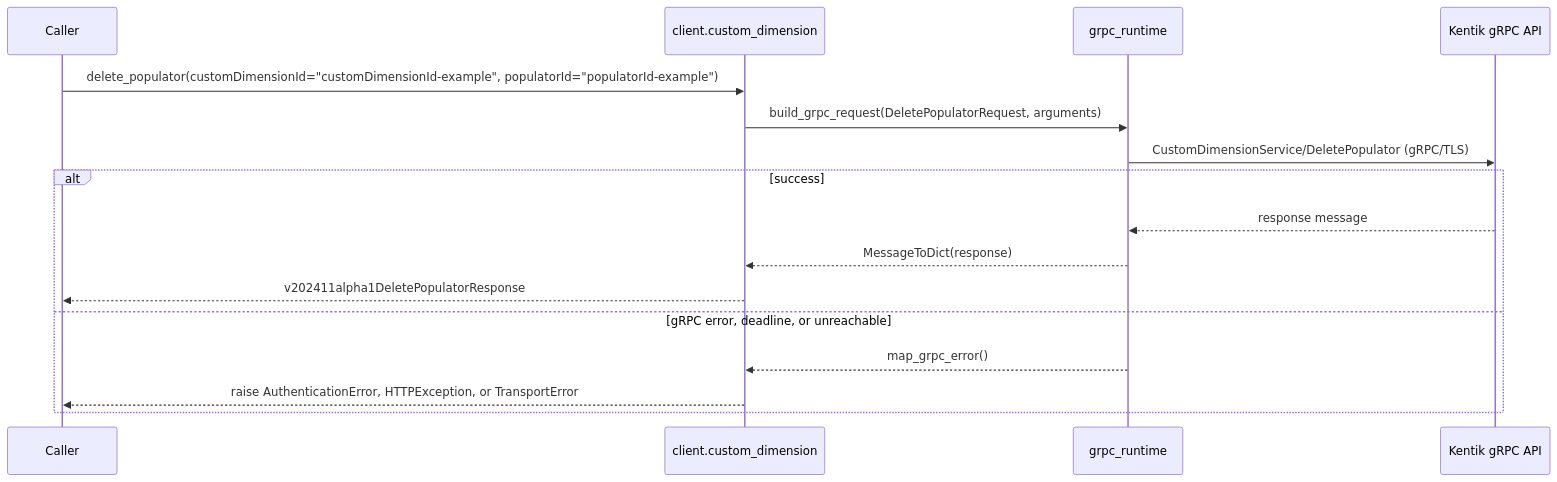
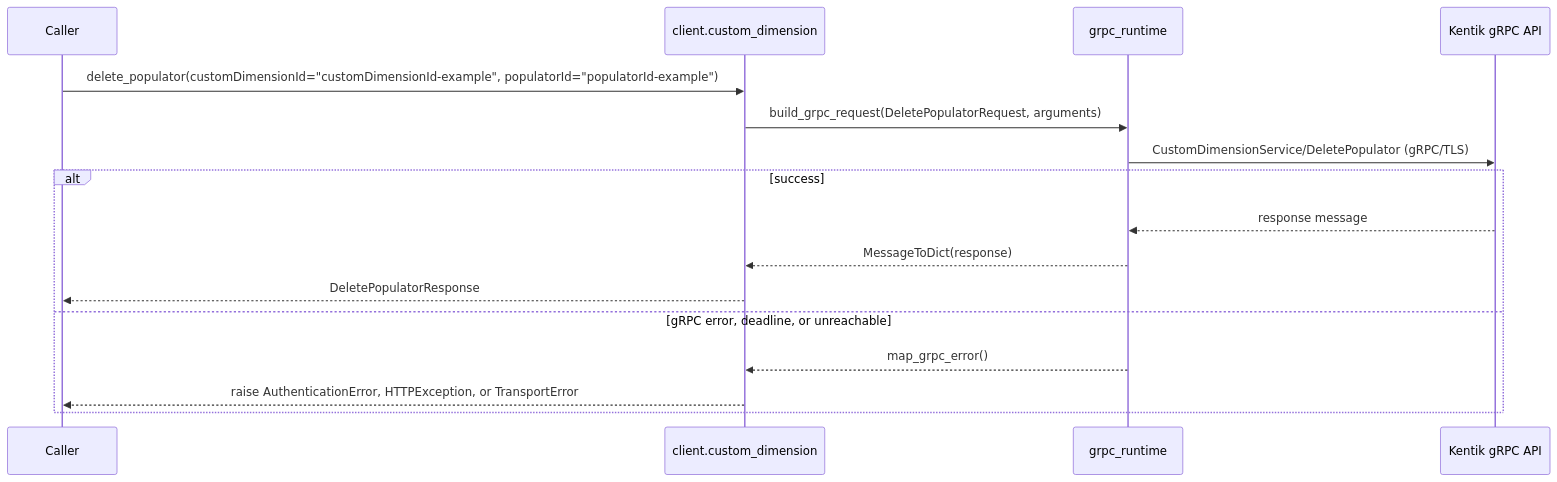
One commit to alexdearaujo/community_sdk_python changed diagram 17 of 22 in docs/sphinx/services/custom_dimension.md. Above: the diagram before and after it, drawn with Mermaid. The commit also changed other lines of this file and 38 other files, not shown here.

````diff
--- a/docs/sphinx/services/custom_dimension.md
+++ b/docs/sphinx/services/custom_dimension.md
@@ -594,19 +594,19 @@
 ```mermaid
 sequenceDiagram
     participant C as Caller
     participant W as client.custom_dimension
     participant R as grpc_runtime
     participant API as Kentik gRPC API
 
     C->>W: delete_populator(customDimensionId="customDimensionId-example", populatorId="populatorId-example")
     W->>R: build_grpc_request(DeletePopulatorRequest, arguments)
     R->>API: CustomDimensionService/DeletePopulator (gRPC/TLS)
     alt success
         API-->>R: response message
         R-->>W: MessageToDict(response)
-        W-->>C: v202411alpha1DeletePopulatorResponse
+        W-->>C: DeletePopulatorResponse
     else gRPC error, deadline, or unreachable
         R-->>W: map_grpc_error()
         W-->>C: raise AuthenticationError, HTTPException, or TransportError
     end
 ```
````
